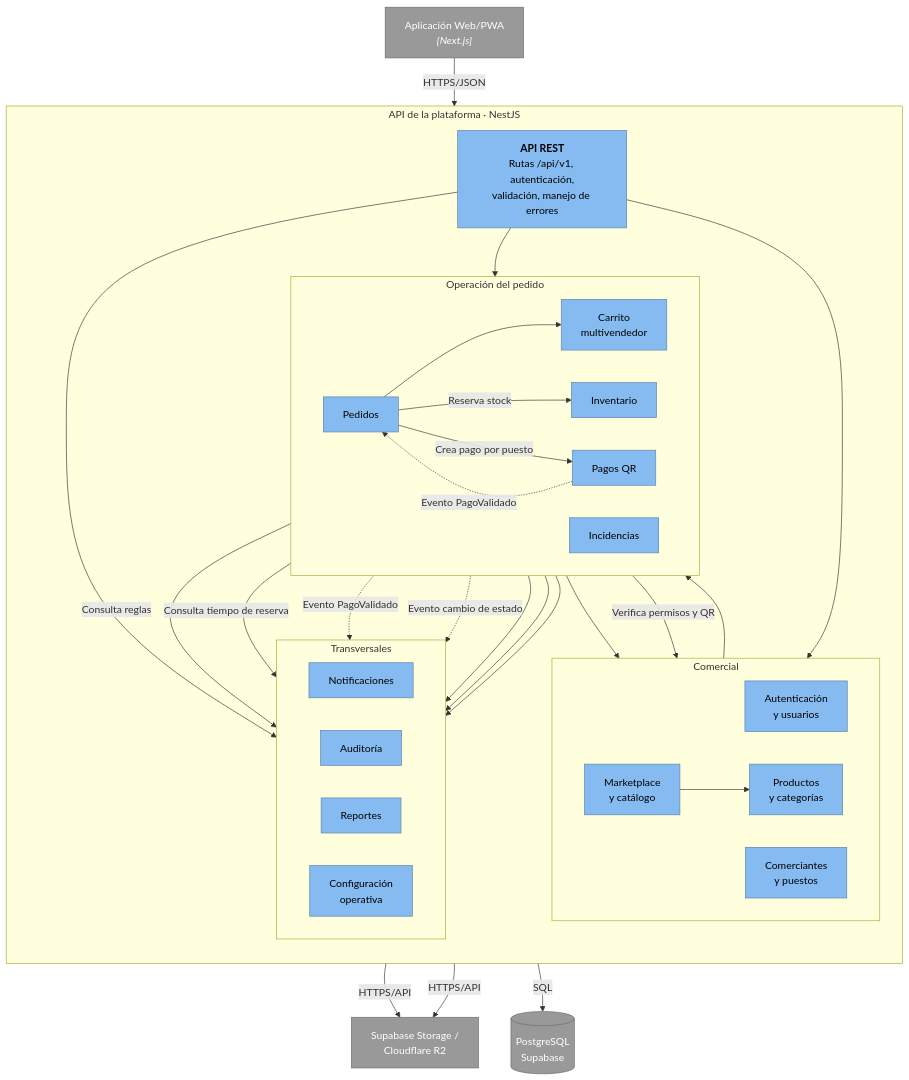
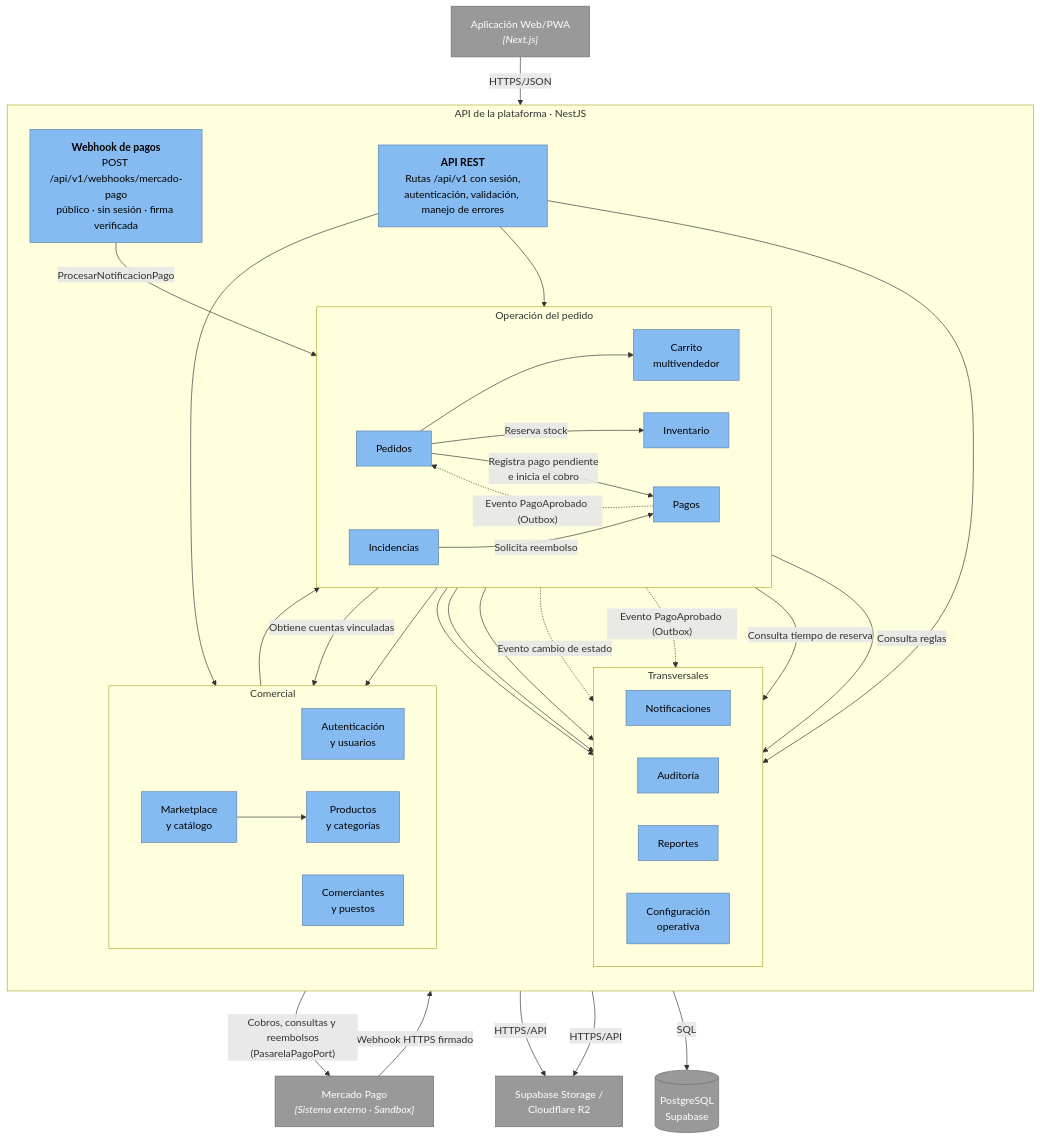
One commit to DheanFernandez/mercado-multivendedor changed the diagram in docs/04-modelo-c4/Nivel3-Diagrama-de-Componentes.md. Above: the diagram before and after it, drawn with Mermaid. The commit also changed other lines of this file and 24 other files, not shown here.

Commit message:
docs: refactorizar estilo a monolito modular e integrar pago unico con Mercado Pago

````diff
--- a/docs/04-modelo-c4/Nivel3-Diagrama-de-Componentes.md
+++ b/docs/04-modelo-c4/Nivel3-Diagrama-de-Componentes.md
@@ -24,67 +24,73 @@
 ```mermaid
 flowchart TB
     WEB["Aplicación Web/PWA<br/><i>[Next.js]</i>"]
+    MP["Mercado Pago<br/><i>[Sistema externo · Sandbox]</i>"]
 
     subgraph API["API de la plataforma · NestJS"]
         direction TB
-        REST["<b>API REST</b><br/>Rutas /api/v1, autenticación,<br/>validación, manejo de errores"]
+        REST["<b>API REST</b><br/>Rutas /api/v1 con sesión,<br/>autenticación, validación, manejo de errores"]
+        WHK["<b>Webhook de pagos</b><br/>POST /api/v1/webhooks/mercado-pago<br/>público · sin sesión · firma verificada"]
 
         subgraph COM["Comercial"]
             direction LR
             USR["Autenticación<br/>y usuarios"]
             CMP["Comerciantes<br/>y puestos"]
             PRD["Productos<br/>y categorías"]
             CAT["Marketplace<br/>y catálogo"]
         end
 
         subgraph OPE["Operación del pedido"]
             direction LR
             CAR["Carrito<br/>multivendedor"]
             PED["Pedidos"]
             INV["Inventario"]
-            PAG["Pagos QR"]
+            PAG["Pagos"]
             INC["Incidencias"]
         end
 
         subgraph TRA["Transversales"]
             direction LR
             NOT["Notificaciones"]
             AUD["Auditoría"]
             REP["Reportes"]
             CFG["Configuración<br/>operativa"]
         end
     end
 
     DB[("PostgreSQL<br/>Supabase")]
     ST["Supabase Storage /<br/>Cloudflare R2"]
 
     WEB -->|"HTTPS/JSON"| REST
+    MP -->|"Webhook HTTPS firmado"| WHK
     REST --> COM
     REST --> OPE
     REST --> TRA
+    WHK -->|"ProcesarNotificacionPago"| PAG
 
     CAT --> PRD
     CAT --> INV
     CAR --> CAT
     PED --> CAR
     PED -->|"Reserva stock"| INV
     PED -->|"Consulta reglas"| CFG
     INV -->|"Consulta tiempo de reserva"| CFG
-    PED -->|"Crea pago por puesto"| PAG
-    PAG -->|"Verifica permisos y QR"| CMP
-    PAG -.->|"Evento PagoValidado"| PED
-    PAG -.->|"Evento PagoValidado"| NOT
+    PED -->|"Registra pago pendiente<br/>e inicia el cobro"| PAG
+    PAG -->|"Obtiene cuentas vinculadas"| CMP
+    PAG -->|"Cobros, consultas y reembolsos<br/>(PasarelaPagoPort)"| MP
+    PAG -.->|"Evento PagoAprobado (Outbox)"| PED
+    PAG -.->|"Evento PagoAprobado (Outbox)"| NOT
     PED -.->|"Evento cambio de estado"| NOT
+    INC -->|"Solicita reembolso"| PAG
     PAG --> AUD
     PED --> AUD
     INV --> AUD
 
     API -->|"SQL"| DB
     CMP -->|"HTTPS/API"| ST
     PRD -->|"HTTPS/API"| ST
 
     classDef comp fill:#85bbf0,stroke:#5d82a8,color:#000000
     classDef ext fill:#999999,stroke:#6b6b6b,color:#ffffff
-    class REST,USR,CMP,PRD,CAT,CAR,PED,INV,PAG,INC,NOT,AUD,REP,CFG comp
-    class WEB,DB,ST ext
+    class REST,WHK,USR,CMP,PRD,CAT,CAR,PED,INV,PAG,INC,NOT,AUD,REP,CFG comp
+    class WEB,DB,ST,MP ext
 ```
````
